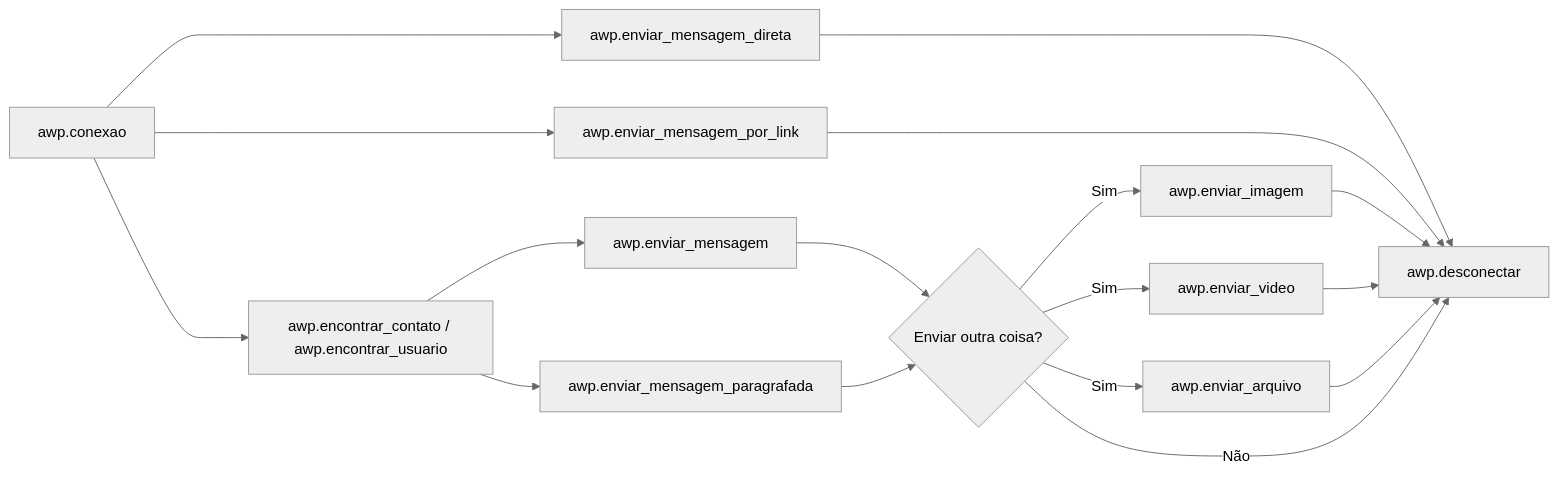
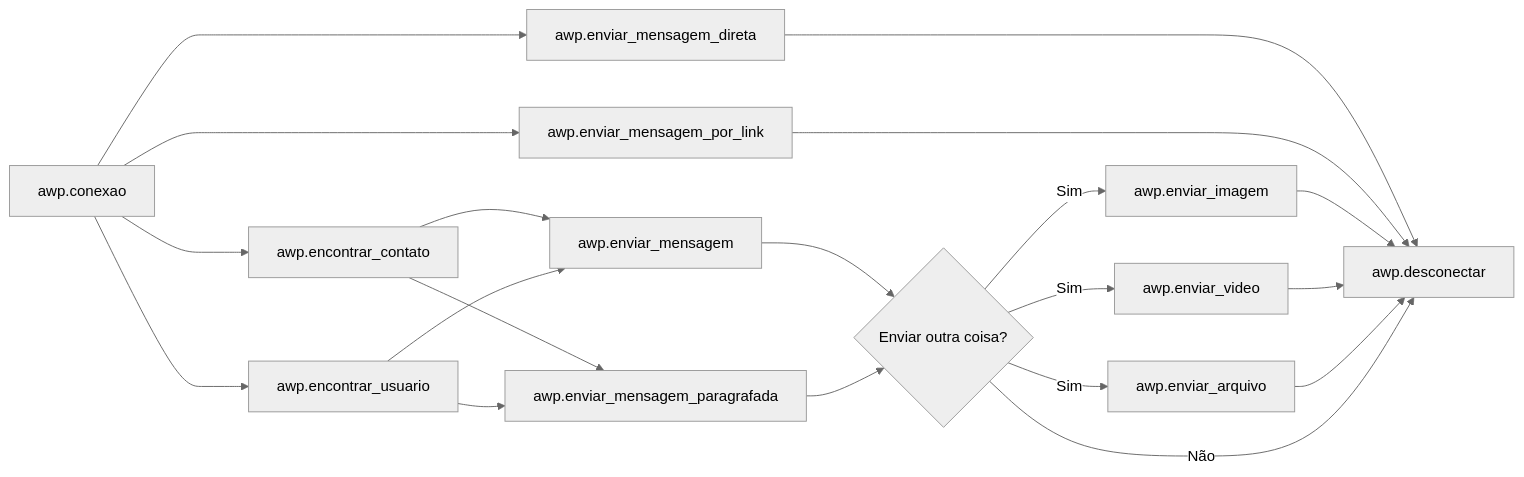
Before and after one commit to DevLucasLourenco/AllWhatsPy: the diagram in README.md, drawn with Mermaid (neutral theme).

Commit message:
att mermaid

````diff
--- a/README.md
+++ b/README.md
@@ -88,30 +88,33 @@
 ```mermaid
 flowchart LR;
-    awp.conexao-->eu[awp.encontrar_contato / awp.encontrar_usuario];
+    awp.conexao-->awpe[awp.encontrar_contato];
+    awp.conexao-->awpu[awp.encontrar_usuario];
     awp.conexao---->awp.enviar_mensagem_por_link;
     awp.conexao---->awp.enviar_mensagem_direta;
         
     
-    eu-->awp.enviar_mensagem;
-    eu-->awp.enviar_mensagem_paragrafada;
+    awpe-->awp.enviar_mensagem;
+    awpe-->awp.enviar_mensagem_paragrafada;
     
+    awpu-->awp.enviar_mensagem;
+    awpu-->awp.enviar_mensagem_paragrafada;
     
     awp.enviar_mensagem-->E{Enviar Outra Coisa?};
     awp.enviar_mensagem_paragrafada-->E{Enviar outra coisa?};
     awp.enviar_mensagem_direta---->d[awp.desconectar];
     awp.enviar_mensagem_por_link---->d;
     
     
     
     E -- Sim --> awp.enviar_imagem;
     E -- Sim --> awp.enviar_video;
     E -- Sim --> awp.enviar_arquivo;
     
     
     awp.enviar_imagem --> d;
     awp.enviar_video --> d;
     awp.enviar_arquivo --> d;
     E -- Não --> d;
     
     
 ```
````
